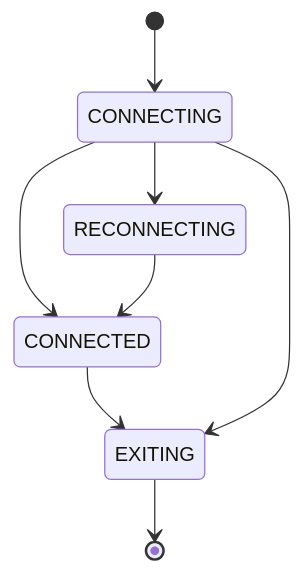
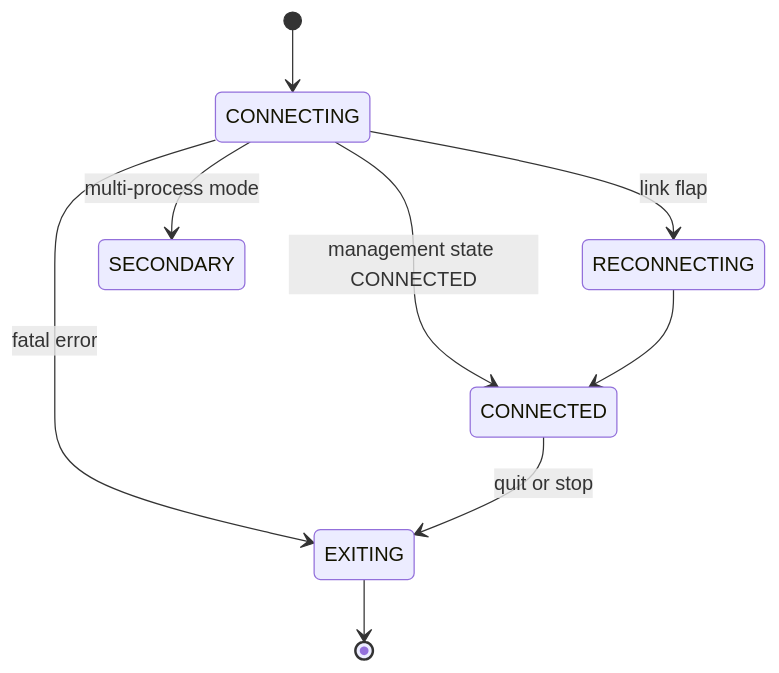
The second of 4 diagrams in docs/vpn-solutions/openvpn.md (roto31/Tunnel-Monitor---Universal), drawn with Mermaid before and after one commit. The commit also changed other lines of this file and 25 other files, not shown here.

First line of the commit message:
Docs: add vendor citations, topology SVGs, and updated Mermaid.

````diff
--- a/docs/vpn-solutions/openvpn.md
+++ b/docs/vpn-solutions/openvpn.md
@@ -31,10 +36,11 @@
 ```mermaid
 stateDiagram-v2
     [*] --> CONNECTING
-    CONNECTING --> CONNECTED
-    CONNECTING --> RECONNECTING
+    CONNECTING --> CONNECTED: management state CONNECTED
+    CONNECTING --> RECONNECTING: link flap
     RECONNECTING --> CONNECTED
-    CONNECTED --> EXITING
-    CONNECTING --> EXITING
+    CONNECTING --> EXITING: fatal error
+    CONNECTED --> EXITING: quit or stop
+    CONNECTING --> SECONDARY: multi-process mode
     EXITING --> [*]
 ```
````
